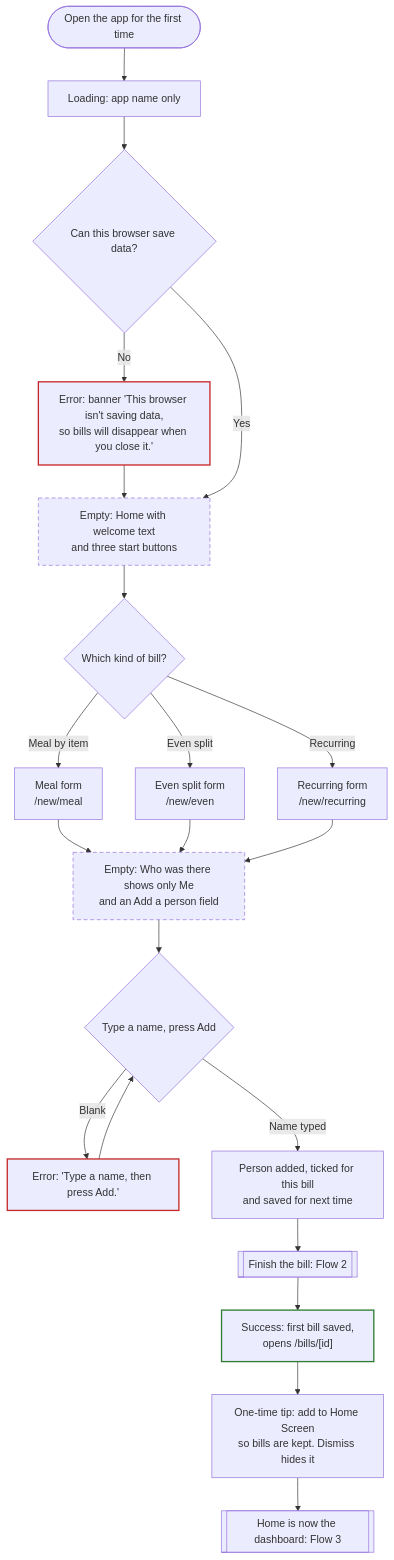
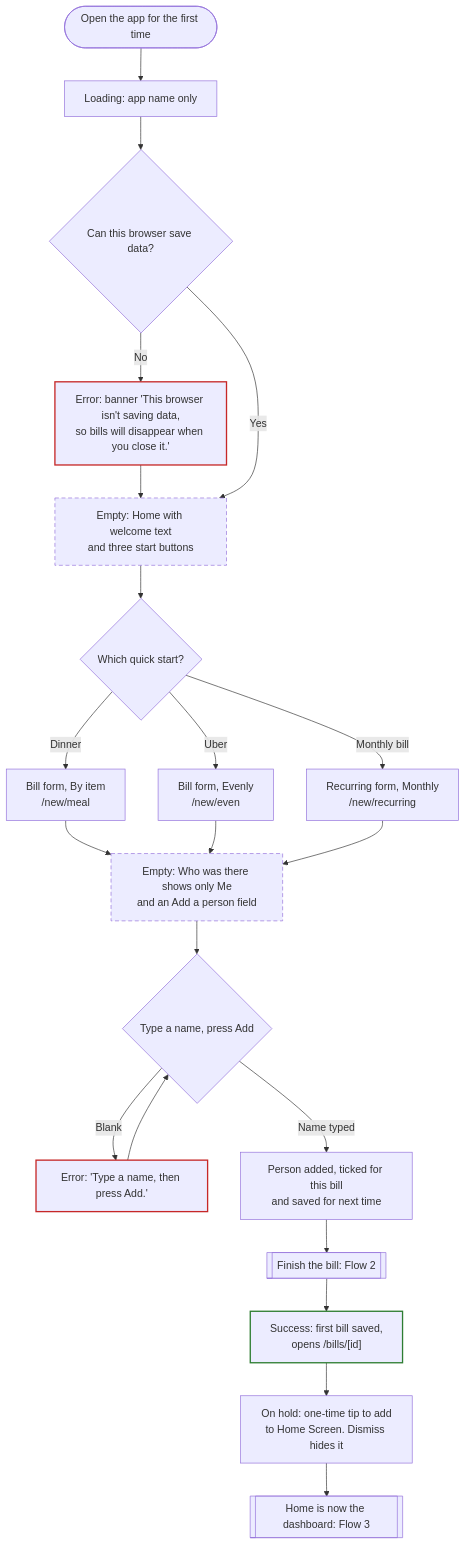
One commit to quincyleung/bill-splitter changed the first of 3 diagrams in README.md. Above: the diagram before and after it, drawn with Mermaid. The commit also changed other lines of this file and 35 other files, not shown here.

Commit message:
Build the first visit: quick starts, bill form, inline names, bill page

````diff
--- a/README.md
+++ b/README.md
@@ -13,30 +13,30 @@
 ```mermaid
 flowchart TD
   start(["Open the app for the first time"]) --> loading["Loading: app name only"]
   loading --> canSave{"Can this browser save data?"}
   canSave -->|No| errStorage["Error: banner 'This browser isn't saving data,<br/>so bills will disappear when you close it.'"]
   errStorage --> welcome
   canSave -->|Yes| welcome["Empty: Home with welcome text<br/>and three start buttons"]
-  welcome --> mode{"Which kind of bill?"}
-  mode -->|Meal by item| meal["Meal form<br/>/new/meal"]
-  mode -->|Even split| even["Even split form<br/>/new/even"]
-  mode -->|Recurring| rec["Recurring form<br/>/new/recurring"]
+  welcome --> mode{"Which quick start?"}
+  mode -->|Dinner| meal["Bill form, By item<br/>/new/meal"]
+  mode -->|Uber| even["Bill form, Evenly<br/>/new/even"]
+  mode -->|Monthly bill| rec["Recurring form, Monthly<br/>/new/recurring"]
   meal --> noPeople
   even --> noPeople
   rec --> noPeople
   noPeople["Empty: Who was there shows only Me<br/>and an Add a person field"] --> addName{"Type a name, press Add"}
   addName -->|Blank| errName["Error: 'Type a name, then press Add.'"]
   errName --> addName
   addName -->|Name typed| savedPerson["Person added, ticked for this bill<br/>and saved for next time"]
   savedPerson --> mainTask[["Finish the bill: Flow 2"]]
   mainTask --> firstBill["Success: first bill saved,<br/>opens /bills/[id]"]
-  firstBill --> homeTip["One-time tip: add to Home Screen<br/>so bills are kept. Dismiss hides it"]
+  firstBill --> homeTip["On hold: one-time tip to add<br/>to Home Screen. Dismiss hides it"]
   homeTip --> dashboard[["Home is now the dashboard: Flow 3"]]
 
   classDef error stroke:#c62828,stroke-width:2px
   classDef empty stroke-dasharray:6 4
   classDef success stroke:#2e7d32,stroke-width:2px
   class errStorage,errName error
   class welcome,noPeople empty
   class firstBill success
 ```
````
